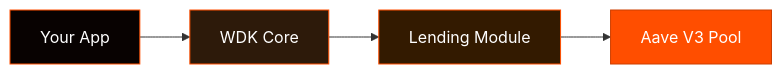
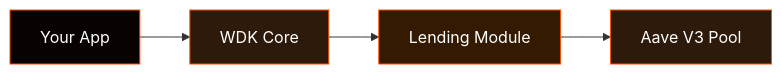
One commit to gatteo/wdk-docs changed the diagram in sdk/lending-modules/README.md. Above: the diagram before and after it, drawn with Mermaid. The commit also changed 16 other files, not shown here.

Commit message:
docs: replace all primary orange backgrounds with dark tones in diagrams

````diff
--- a/sdk/lending-modules/README.md
+++ b/sdk/lending-modules/README.md
@@ -23,9 +23,9 @@
 ```mermaid
 flowchart LR
     App["Your App"] --> WDK["WDK Core"] --> Lending["Lending Module"] --> Pool["Aave V3 Pool"]
 
     style App fill:#080201,stroke:#FF4E00,color:#fff
     style WDK fill:#2d1a0a,stroke:#FF4E00,color:#fff
     style Lending fill:#331a00,stroke:#FF4E00,color:#fff
-    style Pool fill:#FF4E00,stroke:#cc3e00,color:#fff
+    style Pool fill:#2d1a0a,stroke:#FF4E00,color:#fff
 ```
````
